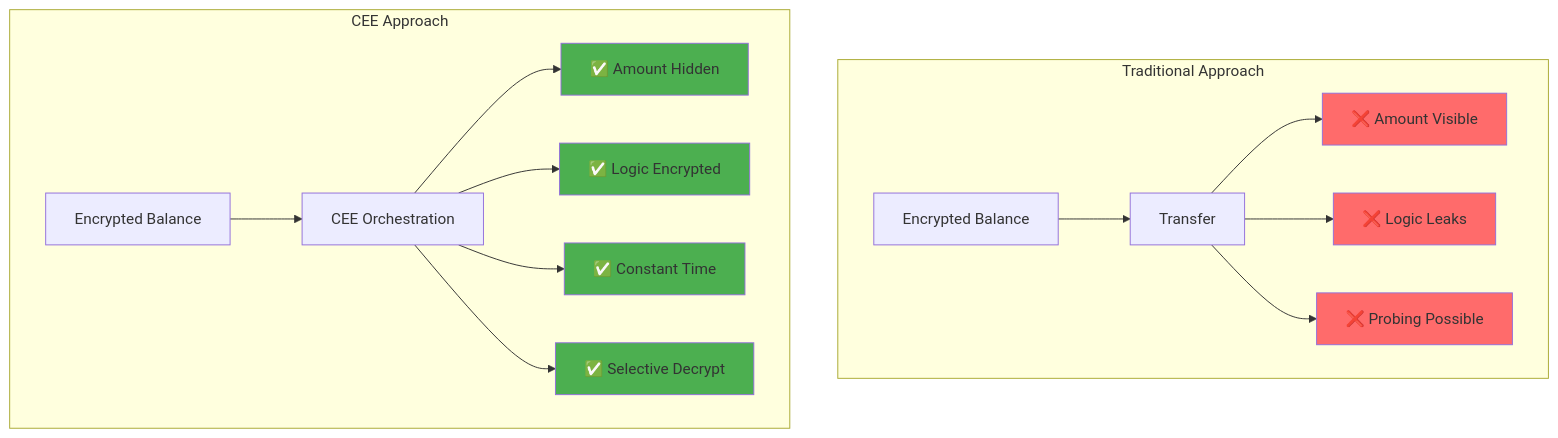
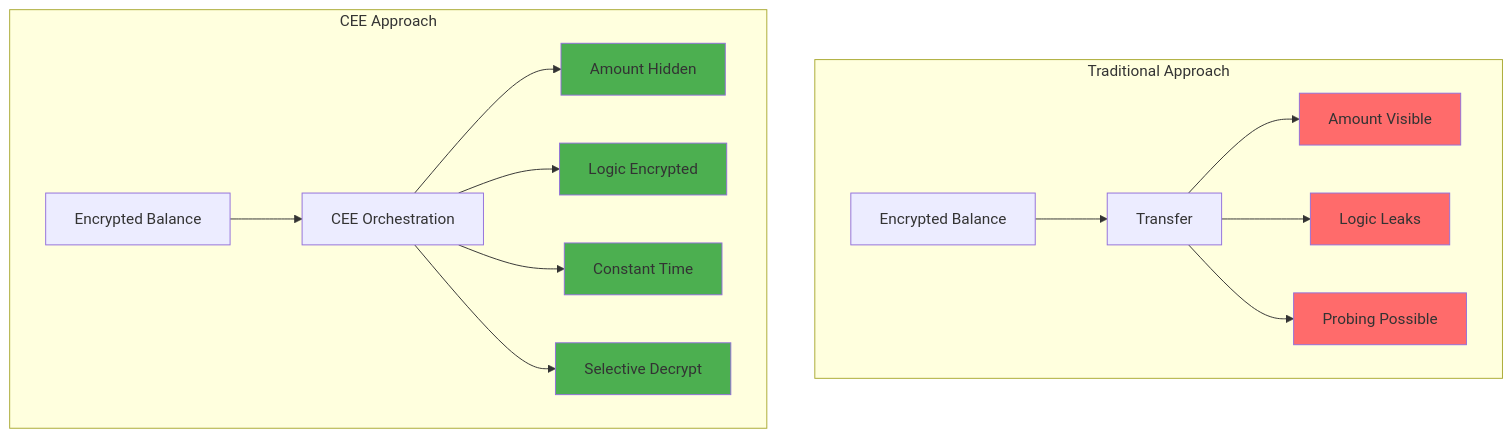
One commit to Rahul-Prasad-07/Confidential-Economic-Engine changed the third of 21 diagrams in README.md. Above: the diagram before and after it, drawn with Mermaid. The commit also changed other lines of this file, not shown here.

````diff
--- a/README.md
+++ b/README.md
@@ -150,25 +150,25 @@
 ```mermaid
 graph TB
     subgraph "Traditional Approach"
         A1[Encrypted Balance] --> B1[Transfer]
-        B1 --> C1[❌ Amount Visible]
-        B1 --> D1[❌ Logic Leaks]
-        B1 --> E1[❌ Probing Possible]
+        B1 --> C1[Amount Visible]
+        B1 --> D1[Logic Leaks]
+        B1 --> E1[Probing Possible]
     end
     
     subgraph "CEE Approach"
         A2[Encrypted Balance] --> B2[CEE Orchestration]
-        B2 --> C2[✅ Amount Hidden]
-        B2 --> D2[✅ Logic Encrypted]
-        B2 --> E2[✅ Constant Time]
-        B2 --> F2[✅ Selective Decrypt]
+        B2 --> C2[Amount Hidden]
+        B2 --> D2[Logic Encrypted]
+        B2 --> E2[Constant Time]
+        B2 --> F2[Selective Decrypt]
     end
     
     style C1 fill:#ff6b6b
     style D1 fill:#ff6b6b
     style E1 fill:#ff6b6b
     style C2 fill:#4CAF50
     style D2 fill:#4CAF50
     style E2 fill:#4CAF50
     style F2 fill:#4CAF50
 ```
````
